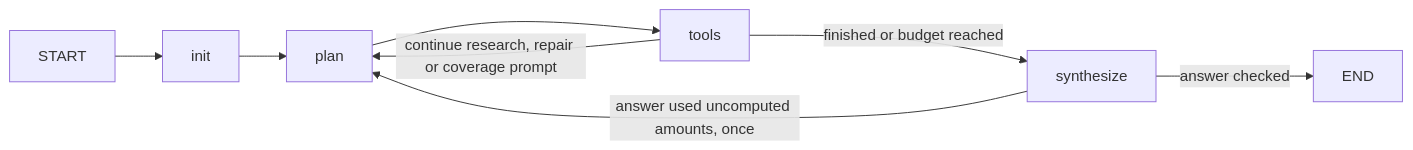
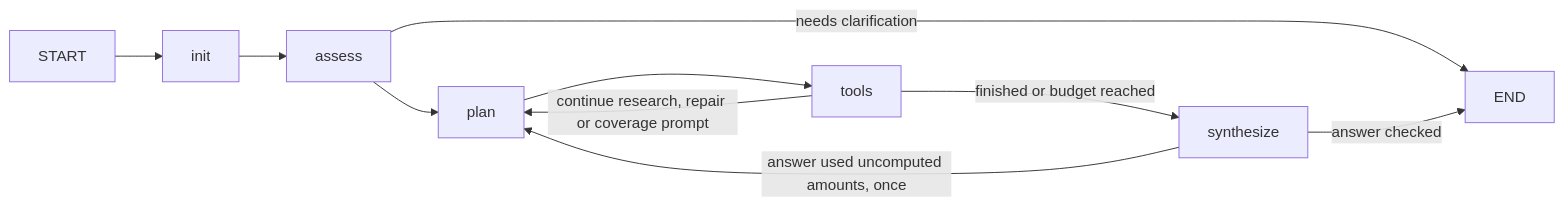
Before and after one commit to bradywilky/health_insurance_document_agent: the diagram in README.md, drawn with Mermaid. The commit also changed other lines of this file and 33 other files, not shown here.

````diff
--- a/README.md
+++ b/README.md
@@ -292,8 +282,10 @@
 ```mermaid
 flowchart LR
-    START --> init --> plan --> tools
+    START --> init --> assess
+    assess -->|needs clarification| END
+    assess --> plan --> tools
     tools -->|continue research, repair or coverage prompt| plan
     tools -->|finished or budget reached| synthesize
     synthesize -->|answer used uncomputed amounts, once| plan
     synthesize -->|answer checked| END
 ```
````
